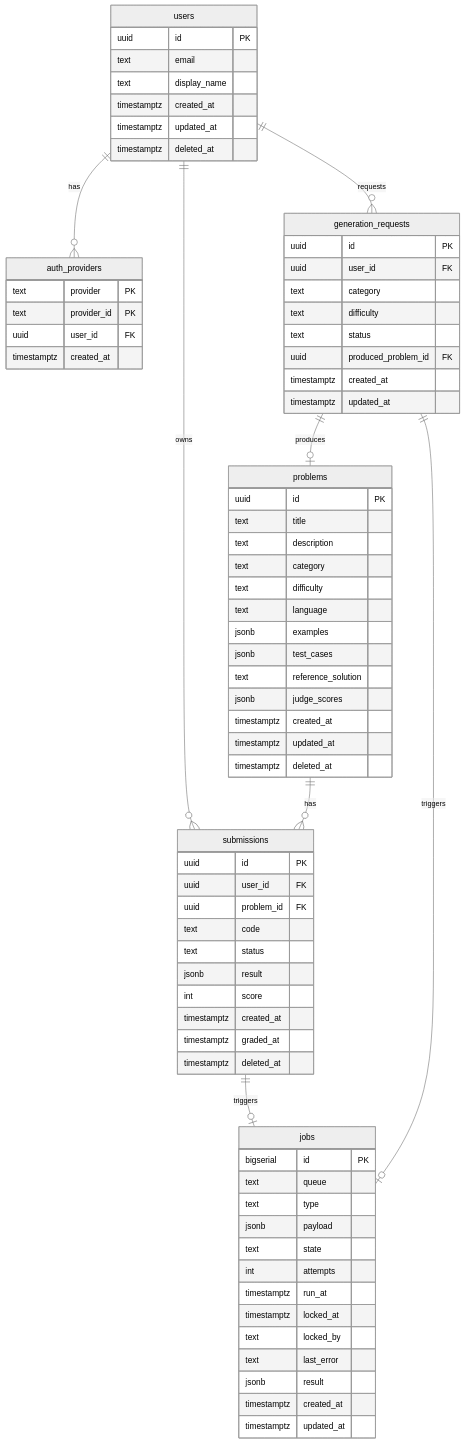
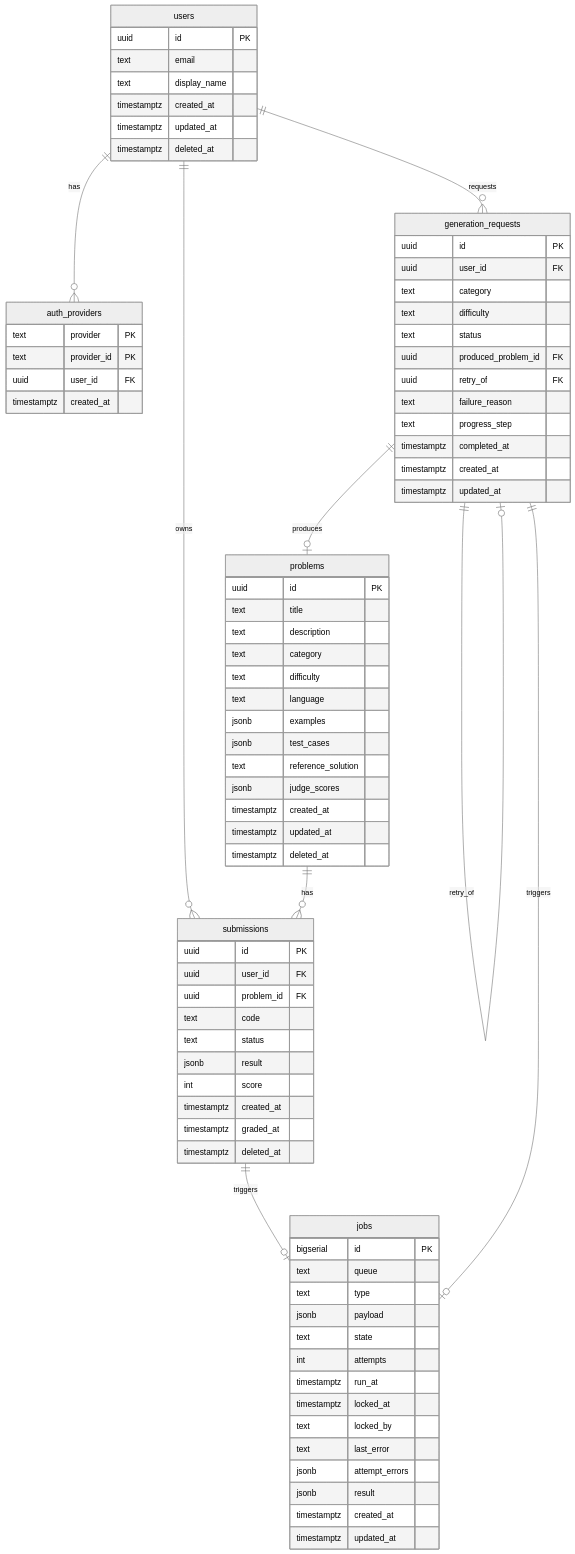
The diagram in docs/requirements/3-cross-cutting/01-data-model.md (yzanbo/ai-coding-drill-python), drawn with Mermaid (neutral theme) before and after one commit.

Commit message:
docs(docs): 01-data-model.md の ER 図に R1-7 / R1-7-3 で追加したカラムと FK を反映
R1-7 で generation_requests に retry_of / failure_reason / completed_at /
progress_step を追加、R1-7-3 で jobs に attempt_errors JSONB を追加したが、
横断要件側の 3-cross-cutting/01-data-model.md ER 図が古いまま残っていた。

## 何を変えたか

### generation_requests エンティティ
新カラム 4 つを追記：
  - retry_of FK            （自己参照、再試行チェーン）
  - failure_reason text    （Worker が書く 10 タグ enum）
  - progress_step text     （pending 中の処理ステップ 4 値）
  - completed_at timestamptz （所要時間計算用）

### jobs エンティティ
- attempt_errors jsonb を追記（試行ごとのエラー履歴 array）

### リレーション
- generation_requests ||--o| generation_requests : retry_of
  （自己参照を mermaid 上でも明示、UI のリトライチェーン理解の補助）

## なぜここを更新するか

3-cross-cutting/01-data-model.md は「全体俯瞰の ER 図」が SSoT で、各テーブル
の最終仕様は SQLAlchemy model にあるが、新規メンテナが最初に見る図として
カラムの存在は反映しておく必要がある。docs-rules.md §3 で本ファイルは
「機能追加で成長する横断要件」と位置づけられている。

## テスト方法

- [ ] mermaid 図が GitHub UI 上で正しくレンダリングされる
- [ ] generation_requests と jobs のカラムリストが SQLAlchemy model
      (apps/api/app/models/) と一致する

```diff
--- a/docs/requirements/3-cross-cutting/01-data-model.md
+++ b/docs/requirements/3-cross-cutting/01-data-model.md
@@ -18,6 +18,7 @@
   users ||--o{ generation_requests : requests
   generation_requests ||--o| problems : produces
   generation_requests ||--o| jobs : triggers
+  generation_requests ||--o| generation_requests : retry_of
 
   users {
     uuid id PK
@@ -71,6 +72,10 @@
     text difficulty
     text status
     uuid produced_problem_id FK
+    uuid retry_of FK
+    text failure_reason
+    text progress_step
+    timestamptz completed_at
     timestamptz created_at
     timestamptz updated_at
   }
@@ -86,6 +91,7 @@
     timestamptz locked_at
     text locked_by
     text last_error
+    jsonb attempt_errors
     jsonb result
     timestamptz created_at
     timestamptz updated_at
```
